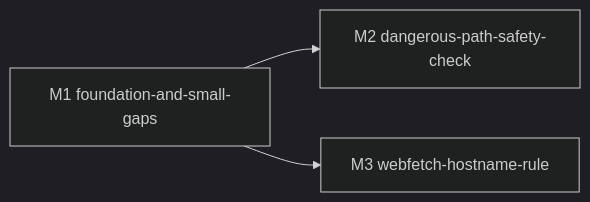
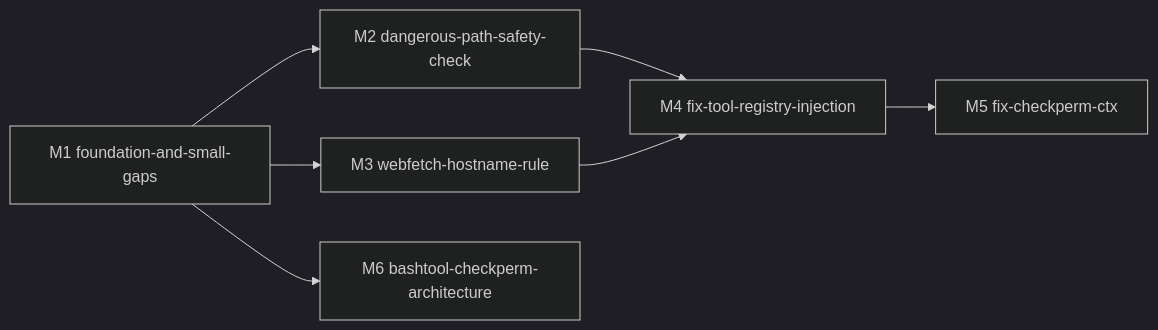
One commit to Mrchen116/nano-multiagent changed the diagram in docs/changes/bugfix-355-read-workspace-outside-rejected/design.md. Above: the diagram before and after it, drawn with Mermaid (dark theme). The commit also changed other lines of this file, not shown here.

````diff
--- a/docs/changes/bugfix-355-read-workspace-outside-rejected/design.md
+++ b/docs/changes/bugfix-355-read-workspace-outside-rejected/design.md
@@ -714,5 +1015,9 @@
 ```mermaid
 graph LR
   M1[M1 foundation-and-small-gaps] --> M2[M2 dangerous-path-safety-check]
   M1 --> M3[M3 webfetch-hostname-rule]
+  M2 --> M4[M4 fix-tool-registry-injection]
+  M3 --> M4
+  M4 --> M5[M5 fix-checkperm-ctx]
+  M1 --> M6[M6 bashtool-checkperm-architecture]
 ```
````
